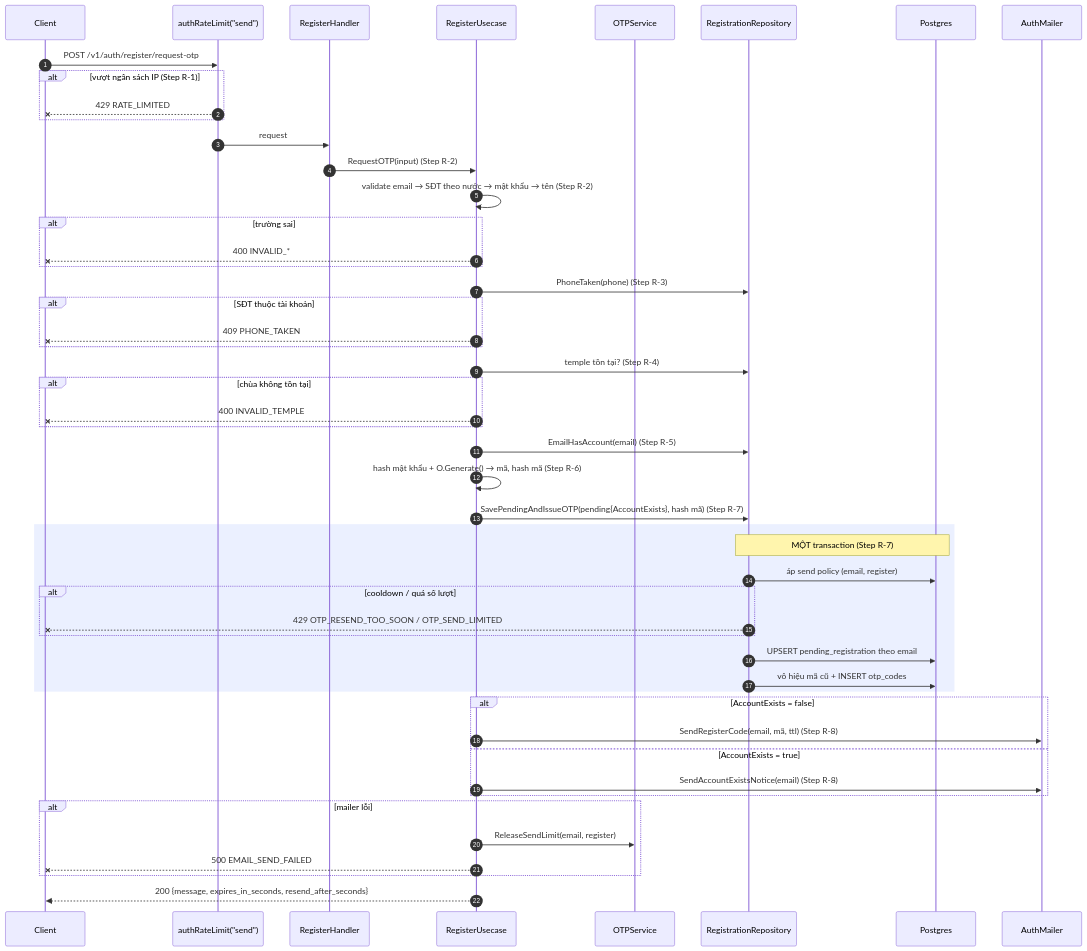
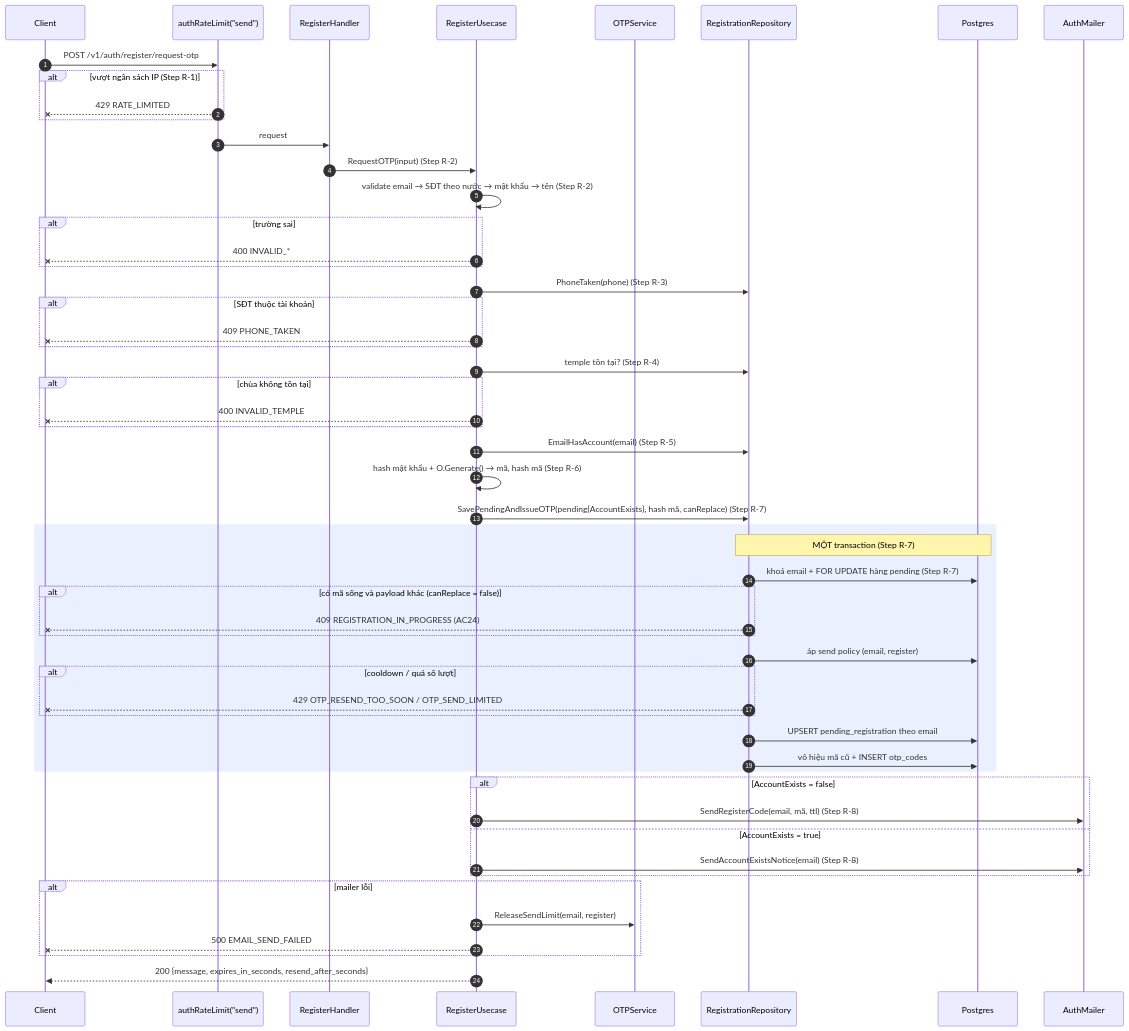
Before and after one commit to chjpcojit/innerlamp-be: the first of 3 diagrams in docs/specs/features/onboarding/flow.md, drawn with Mermaid. The commit also changed other lines of this file and 16 other files, not shown here.

First line of the commit message:
fix(onboarding): stop request-otp from overwriting a live pending registration (AC24)

````diff
--- a/docs/specs/features/onboarding/flow.md
+++ b/docs/specs/features/onboarding/flow.md
@@ -15,53 +15,57 @@
 ```mermaid
 sequenceDiagram
     autonumber
     participant C as Client
     participant L as authRateLimit("send")
     participant H as RegisterHandler
     participant U as RegisterUsecase
     participant O as OTPService
     participant R as RegistrationRepository
     participant DB as Postgres
     participant M as AuthMailer
 
     C->>L: POST /v1/auth/register/request-otp
     alt vượt ngân sách IP (Step R-1)
         L--xC: 429 RATE_LIMITED
     end
     L->>H: request
     H->>U: RequestOTP(input) (Step R-2)
     U->>U: validate email → SĐT theo nước → mật khẩu → tên (Step R-2)
     alt trường sai
         U--xC: 400 INVALID_*
     end
     U->>R: PhoneTaken(phone) (Step R-3)
     alt SĐT thuộc tài khoản
         U--xC: 409 PHONE_TAKEN
     end
     U->>R: temple tồn tại? (Step R-4)
     alt chùa không tồn tại
         U--xC: 400 INVALID_TEMPLE
     end
     U->>R: EmailHasAccount(email) (Step R-5)
     U->>U: hash mật khẩu + O.Generate() → mã, hash mã (Step R-6)
-    U->>R: SavePendingAndIssueOTP(pending{AccountExists}, hash mã) (Step R-7)
+    U->>R: SavePendingAndIssueOTP(pending{AccountExists}, hash mã, canReplace) (Step R-7)
     rect rgb(235, 240, 255)
         Note over R,DB: MỘT transaction (Step R-7)
+        R->>DB: khoá email + FOR UPDATE hàng pending (Step R-7)
+        alt có mã sống và payload khác (canReplace = false)
+            R--xC: 409 REGISTRATION_IN_PROGRESS (AC24)
+        end
         R->>DB: áp send policy (email, register)
         alt cooldown / quá số lượt
             R--xC: 429 OTP_RESEND_TOO_SOON / OTP_SEND_LIMITED
         end
         R->>DB: UPSERT pending_registration theo email
         R->>DB: vô hiệu mã cũ + INSERT otp_codes
     end
     alt AccountExists = false
         U->>M: SendRegisterCode(email, mã, ttl) (Step R-8)
     else AccountExists = true
         U->>M: SendAccountExistsNotice(email) (Step R-8)
     end
     alt mailer lỗi
         U->>O: ReleaseSendLimit(email, register)
         U--xC: 500 EMAIL_SEND_FAILED
     end
     U-->>C: 200 {message, expires_in_seconds, resend_after_seconds}
 ```
````
